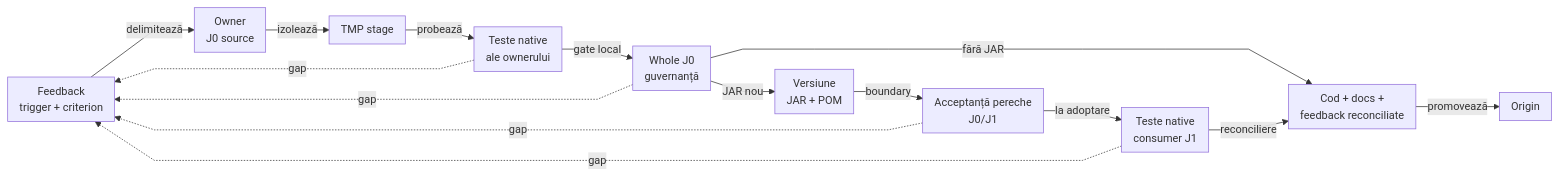
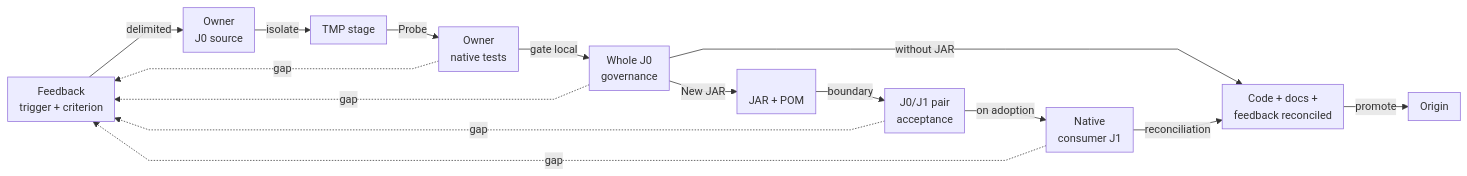
The second of 3 diagrams in docs/ATF_Workspace_Synchronization.md (crististefanita/atf_j0), drawn with Mermaid before and after one commit. The commit also changed other lines of this file and 113 other files, not shown here.

````diff
--- a/docs/ATF_Workspace_Synchronization.md
+++ b/docs/ATF_Workspace_Synchronization.md
@@ -88,18 +98,18 @@
 ```mermaid
 %%{init: {"themeVariables":{"fontSize":"15px"},"themeCSS":".nodeLabel, .nodeLabel p { font-size: 15px !important; line-height: 1.35 !important; } .edgeLabel, .edgeLabel p { font-size: 12px !important; font-weight: 400 !important; line-height: 1.2 !important; } .edgeLabel .labelBkg, .edgeLabel p { background: transparent !important; } .edgeLabel foreignObject { transform: translateY(-18px); overflow: visible; } .node rect { rx: 6px; ry: 6px; }","flowchart":{"curve":"linear","nodeSpacing":24,"rankSpacing":32,"padding":8,"diagramPadding":16}}}%%
 flowchart LR
-    Feedback["Feedback<br/>trigger + criterion"] -->|delimitează| Owner["Owner<br/>J0 source"]
-    Owner -->|izolează| Stage["TMP stage"]
-    Stage -->|probează| OwnerTests["Teste native<br/>ale ownerului"]
-    OwnerTests -->|gate local| Gate["Whole J0<br/>guvernanță"]
-    Gate -->|fără JAR| Reconcile["Cod + docs +<br/>feedback reconciliate"]
-    Gate -->|JAR nou| Package["Versiune<br/>JAR + POM"]
-    Package -->|boundary| Pair["Acceptanță pereche<br/>J0/J1"]
-    Pair -->|la adoptare| J1["Teste native<br/>consumer J1"]
-    J1 -->|reconciliere| Reconcile
-    Reconcile -->|promovează| Origin["Origin"]
+    Feedback["Feedback<br/>trigger + criterion"] -->|delimited| Owner["Owner<br/>J0 source"]
+    Owner -->|isolate| Stage["TMP stage"]
+    Stage -->|Probe| OwnerTests["Owner<br/>native tests"]
+    OwnerTests -->|gate local| Gate["Whole J0 <br/>governance"]
+    Gate -->|without JAR| Reconcile["Code + docs + <br/>feedback reconciled"]
+    Gate -->|New JAR| Package["<br/> JAR + POM"]
+    Package -->|boundary| Pair["J0/J1 pair<br/>acceptance"]
+    Pair -->|on adoption| J1["Native<br/>consumer J1"]
+    J1 -->|reconciliation| Reconcile
+    Reconcile -->|promote| Origin["Origin"]
     OwnerTests -.->|gap| Feedback
     Gate -.->|gap| Feedback
     Pair -.->|gap| Feedback
     J1 -.->|gap| Feedback
 ```
````
